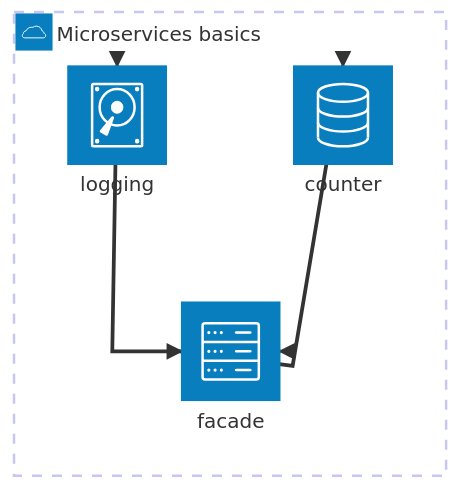
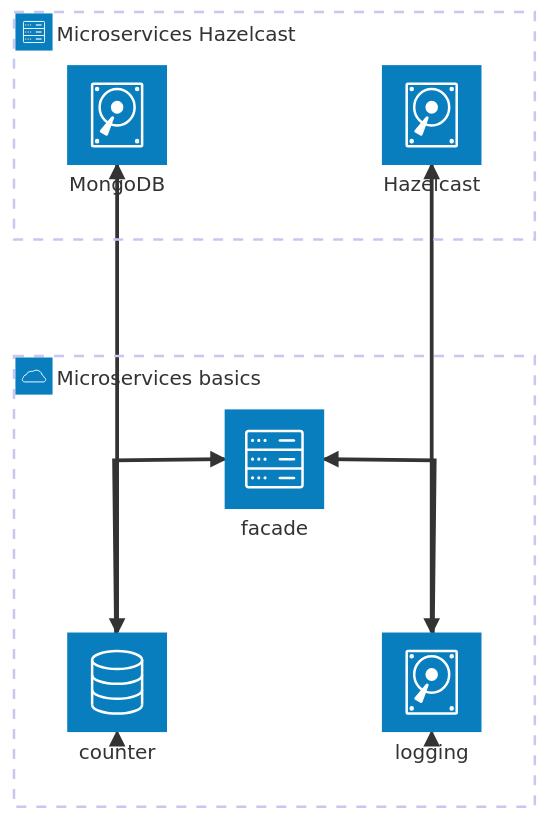
Before and after one commit to timofey282228/dsd-1: the diagram in README.md, drawn with Mermaid. The commit also changed other lines of this file, not shown here.

Commit message:
update diagram and structure

````diff
--- a/README.md
+++ b/README.md
@@ -5,11 +5,17 @@
 ```mermaid
 architecture-beta
     group lab1(cloud)[Microservices basics]
+    group lab3(server)[Microservices Hazelcast]
 
     service facade(server)[facade] in lab1
     service counter(database)[counter] in lab1
     service logging(disk)[logging] in lab1
 
-   facade:L <--> T:counter
-   facade:R <--> T:logging
+    service mongodb(disk)[MongoDB] in lab3
+    service hazelcast(disk)[Hazelcast] in lab3
+
+   facade:L <--> B:counter
+   facade:R <--> B:logging
+   hazelcast:B <--> T:logging
+   mongodb:B <--> T:counter
 ```
````
